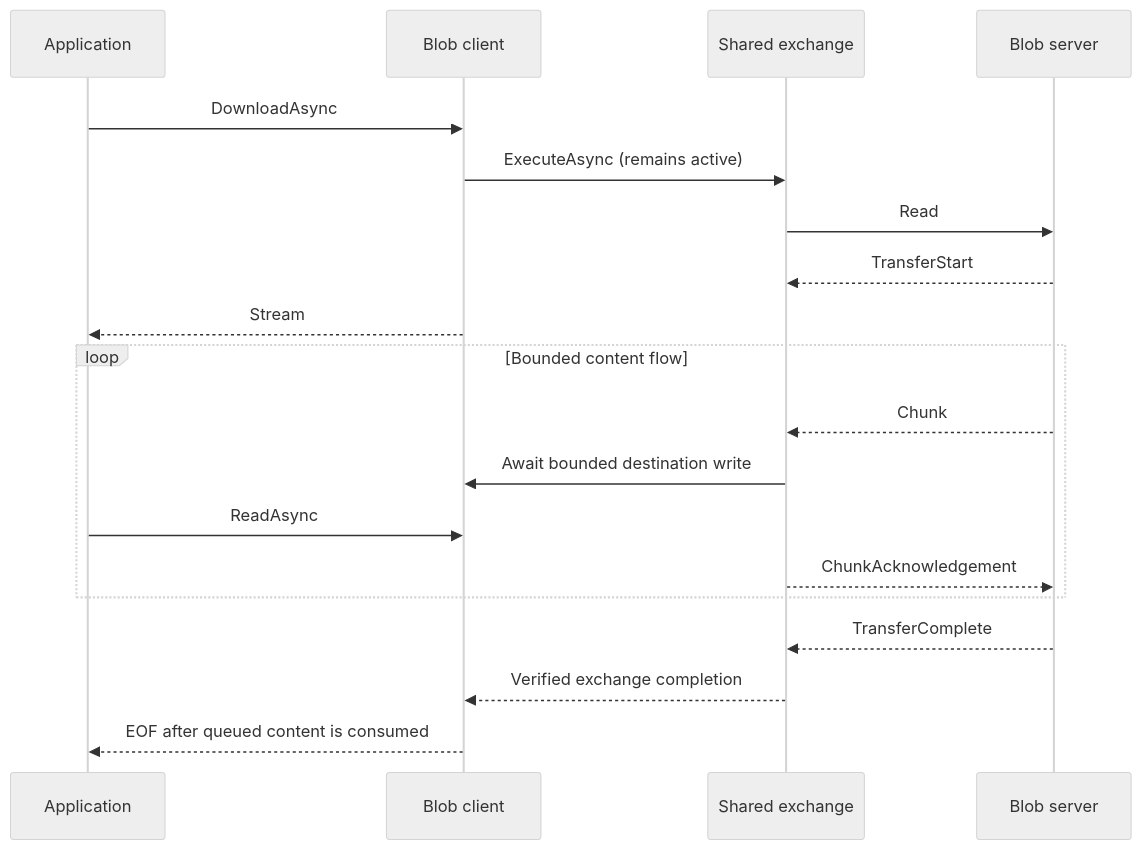
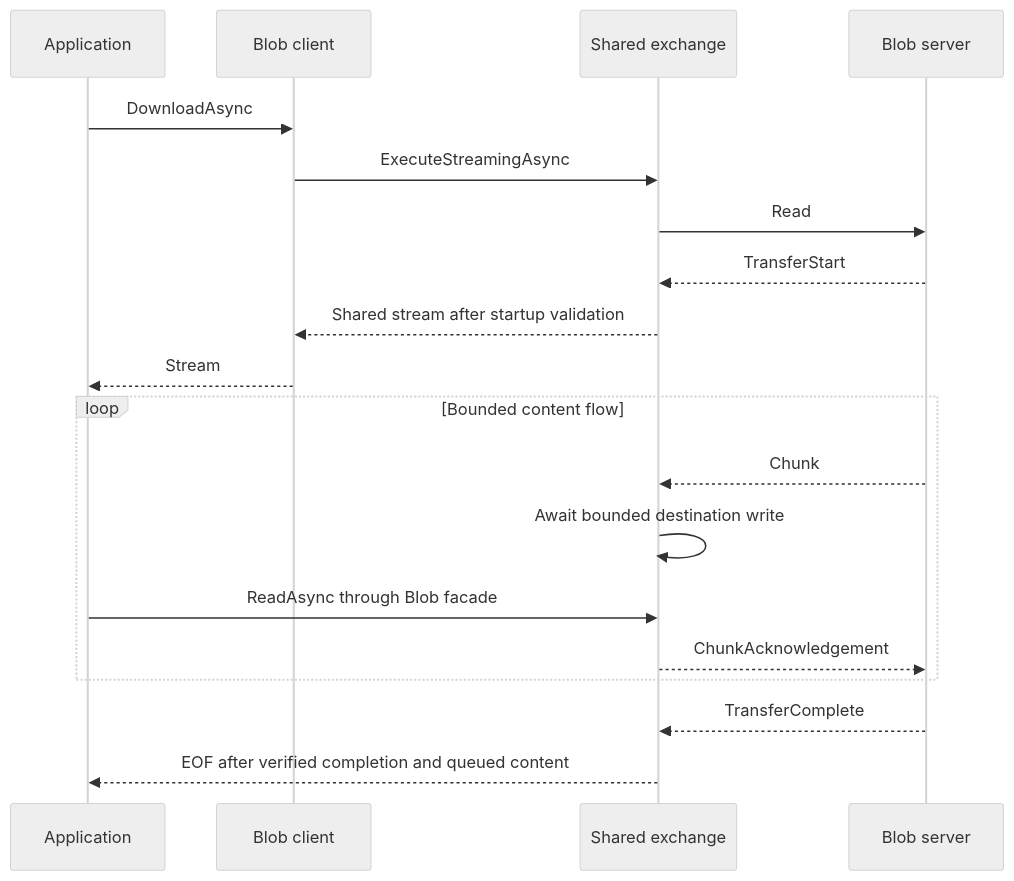
Before and after one commit to assimalign/cohesion: the second of 2 diagrams in resources/Database/Assimalign.Cohesion.Database.Blob.Client/docs/DESIGN.md, drawn with Mermaid (neutral theme). The commit also changed other lines of this file and 21 other files, not shown here.

First line of the commit message:
feat(database): make shared client connection health stream-aware

````diff
--- a/resources/Database/Assimalign.Cohesion.Database.Blob.Client/docs/DESIGN.md
+++ b/resources/Database/Assimalign.Cohesion.Database.Blob.Client/docs/DESIGN.md
@@ -75,21 +79,21 @@
 ```mermaid
 sequenceDiagram
     participant A as Application
     participant C as Blob client
     participant E as Shared exchange
     participant S as Blob server
     A->>C: DownloadAsync
-    C->>E: ExecuteAsync (remains active)
+    C->>E: ExecuteStreamingAsync
     E->>S: Read
     S-->>E: TransferStart
+    E-->>C: Shared stream after startup validation
     C-->>A: Stream
     loop Bounded content flow
         S-->>E: Chunk
-        E->>C: Await bounded destination write
-        A->>C: ReadAsync
+        E->>E: Await bounded destination write
+        A->>E: ReadAsync through Blob facade
         E-->>S: ChunkAcknowledgement
     end
     S-->>E: TransferComplete
-    E-->>C: Verified exchange completion
-    C-->>A: EOF after queued content is consumed
+    E-->>A: EOF after verified completion and queued content
 ```
````
